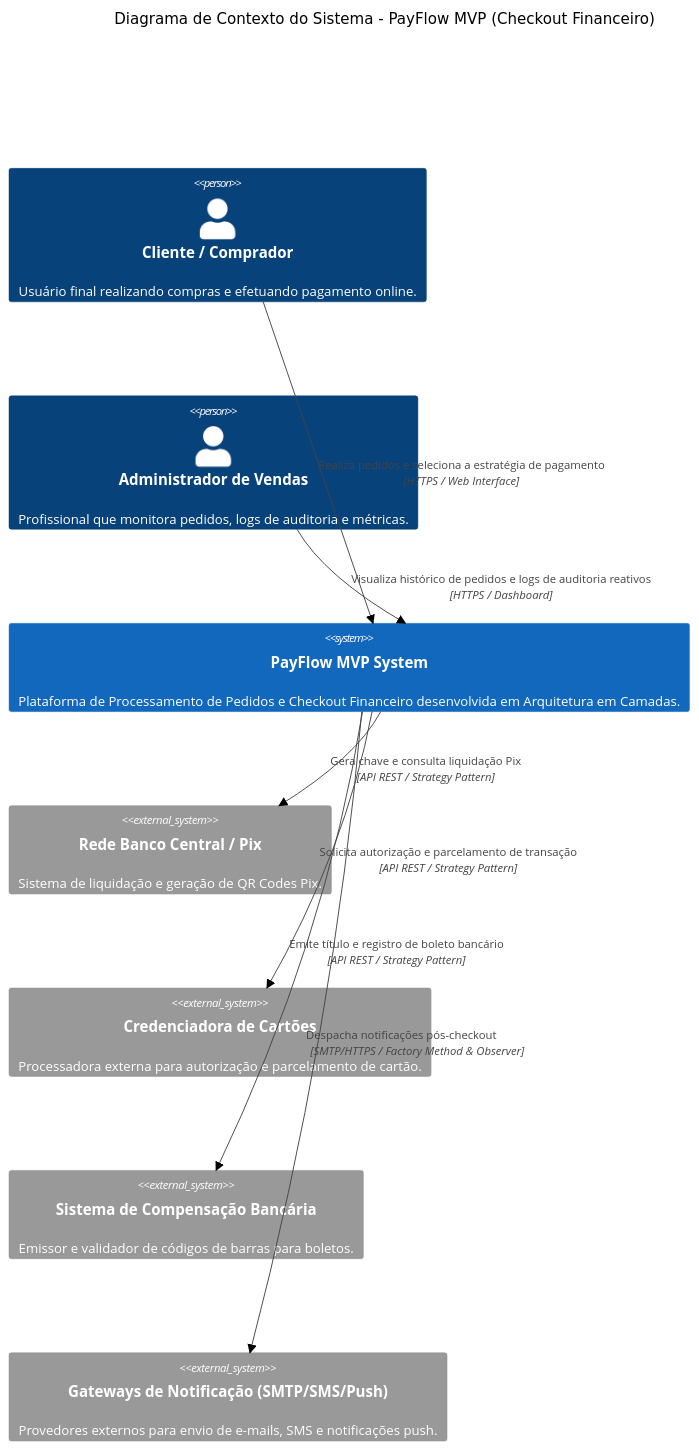
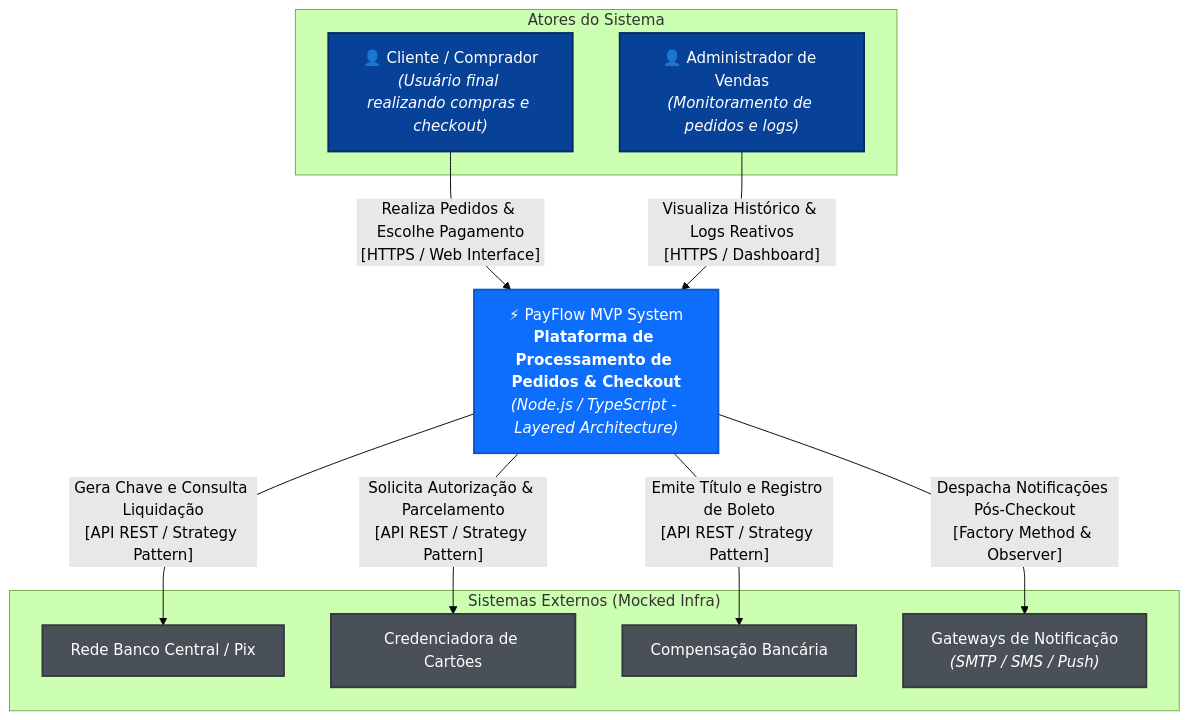
Before and after one commit to Josuejs1/mvp-arquitetura-software: the diagram in docs/c4_context.md, drawn with Mermaid (forest theme). The commit also changed 2 other files, not shown here.

Commit message:
docs: converte diagramas para flowchart TD com estilos C4 e rotulagem limpa

````diff
--- a/docs/c4_context.md
+++ b/docs/c4_context.md
@@ -5,22 +5,28 @@
 ```mermaid
-C4Context
-    title Diagrama de Contexto do Sistema - PayFlow MVP (Checkout Financeiro)
+flowchart TD
+    classDef person fill:#084298,stroke:#052c65,color:#ffffff,stroke-width:2px;
+    classDef system fill:#0d6efd,stroke:#0a58ca,color:#ffffff,stroke-width:2px;
+    classDef external fill:#495057,stroke:#343a40,color:#ffffff,stroke-width:2px;
 
-    Person(customer, "Cliente / Comprador", "Usuário final realizando compras e efetuando pagamento online.")
-    Person(admin, "Administrador de Vendas", "Profissional que monitora pedidos, logs de auditoria e métricas.")
+    subgraph Atores [" Atores do Sistema "]
+        customer["👤 Cliente / Comprador<br/><i>(Usuário final realizando compras e checkout)</i>"]:::person
+        admin["👤 Administrador de Vendas<br/><i>(Monitoramento de pedidos e logs)</i>"]:::person
+    end
 
-    System(payflow, "PayFlow MVP System", "Plataforma de Processamento de Pedidos e Checkout Financeiro desenvolvida em Arquitetura em Camadas.")
+    payflow["⚡ PayFlow MVP System<br/><b>Plataforma de Processamento de Pedidos & Checkout</b><br/><i>(Node.js / TypeScript - Layered Architecture)</i>"]:::system
 
-    System_Ext(pix_net, "Rede Banco Central / Pix", "Sistema de liquidação e geração de QR Codes Pix.")
-    System_Ext(cc_acquirer, "Credenciadora de Cartões", "Processadora externa para autorização e parcelamento de cartão.")
-    System_Ext(bank_boleto, "Sistema de Compensação Bancária", "Emissor e validador de códigos de barras para boletos.")
-    System_Ext(notif_gateways, "Gateways de Notificação (SMTP/SMS/Push)", "Provedores externos para envio de e-mails, SMS e notificações push.")
+    subgraph ExternalSystems [" Sistemas Externos (Mocked Infra) "]
+        pix_net["Rede Banco Central / Pix"]:::external
+        cc_acquirer["Credenciadora de Cartões"]:::external
+        bank_boleto["Compensação Bancária"]:::external
+        notif_gateways["Gateways de Notificação<br/><i>(SMTP / SMS / Push)</i>"]:::external
+    end
 
-    Rel_D(customer, payflow, "Realiza pedidos e seleciona a estratégia de pagamento", "HTTPS / Web Interface")
-    Rel_D(admin, payflow, "Visualiza histórico de pedidos e logs de auditoria reativos", "HTTPS / Dashboard")
+    customer -->|"Realiza Pedidos & Escolhe Pagamento<br/>[HTTPS / Web Interface]"| payflow
+    admin -->|"Visualiza Histórico & Logs Reativos<br/>[HTTPS / Dashboard]"| payflow
 
-    Rel_D(payflow, pix_net, "Gera chave e consulta liquidação Pix", "API REST / Strategy Pattern")
-    Rel_D(payflow, cc_acquirer, "Solicita autorização e parcelamento de transação", "API REST / Strategy Pattern")
-    Rel_D(payflow, bank_boleto, "Emite título e registro de boleto bancário", "API REST / Strategy Pattern")
-    Rel_D(payflow, notif_gateways, "Despacha notificações pós-checkout", "SMTP/HTTPS / Factory Method & Observer")
+    payflow -->|"Gera Chave e Consulta Liquidação<br/>[API REST / Strategy Pattern]"| pix_net
+    payflow -->|"Solicita Autorização & Parcelamento<br/>[API REST / Strategy Pattern]"| cc_acquirer
+    payflow -->|"Emite Título e Registro de Boleto<br/>[API REST / Strategy Pattern]"| bank_boleto
+    payflow -->|"Despacha Notificações Pós-Checkout<br/>[Factory Method & Observer]"| notif_gateways
 ```
````
